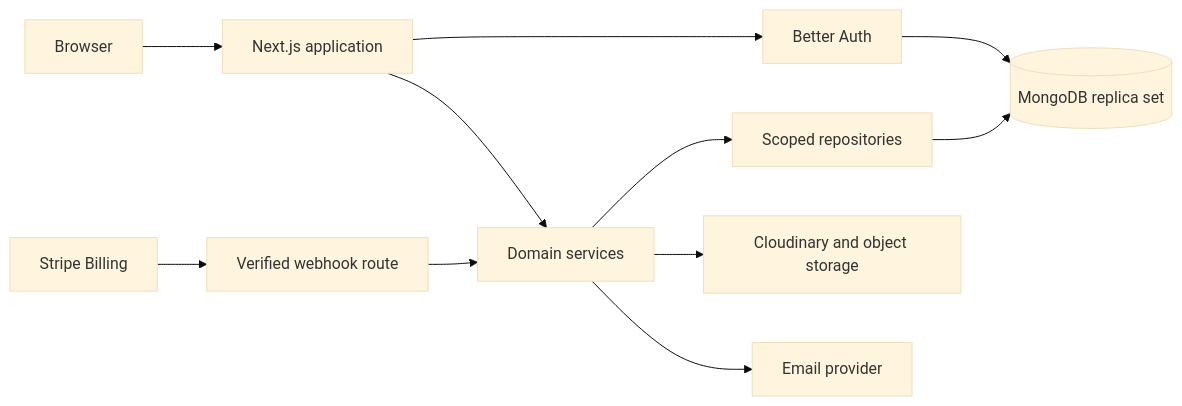
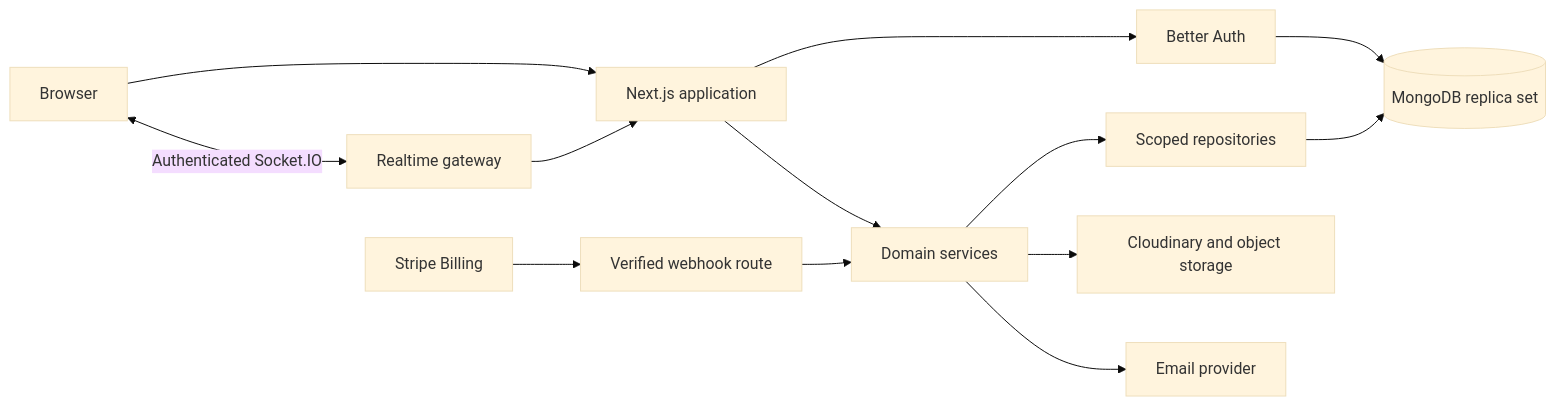
Before and after one commit to ArshadNawazBaig/qenvaro: the diagram in docs/architecture.md, drawn with Mermaid (base theme). The commit also changed other lines of this file and 22 other files, not shown here.

````diff
--- a/docs/architecture.md
+++ b/docs/architecture.md
@@ -7,13 +7,15 @@
 ```mermaid
 flowchart LR
   Browser[Browser] --> App[Next.js application]
+  Browser <-->|Authenticated Socket.IO| Realtime[Realtime gateway]
+  Realtime --> App
   App --> Auth[Better Auth]
   App --> Services[Domain services]
   Auth --> Mongo[(MongoDB replica set)]
   Services --> Repos[Scoped repositories]
   Repos --> Mongo
   Services --> Storage[Cloudinary and object storage]
   Services --> Email[Email provider]
   Stripe[Stripe Billing] --> Webhook[Verified webhook route]
   Webhook --> Services
 ```
````
